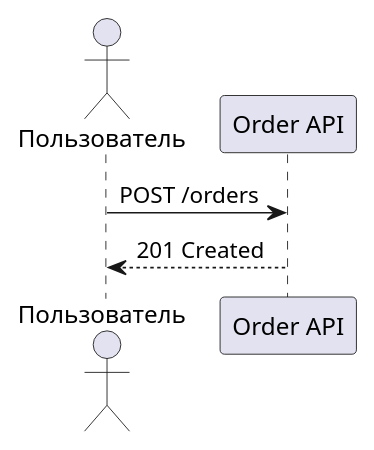
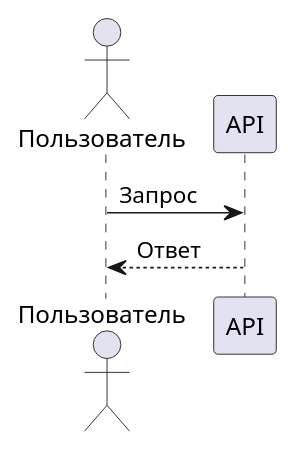
Before and after one commit to iwizy/analyst_kb: the first of 8 diagrams in docs/tools/plantuml.md, drawn with PlantUML. The commit also changed other lines of this file, not shown here.

Commit message:
Обновление материалов по PlantUML

````diff
--- a/docs/tools/plantuml.md
+++ b/docs/tools/plantuml.md
@@ -49,11 +18,9 @@
 ```kroki-plantuml
 @startuml
-' комментарий (однострочный)
-skinparam shadowing false
-
+' комментарий
 actor "Пользователь" as User
-participant "Order API" as API
-User -> API : POST /orders
-API --> User : 201 Created
+participant "API" as API
+User -> API : Запрос
+API --> User : Ответ
 @enduml
 ```
````
